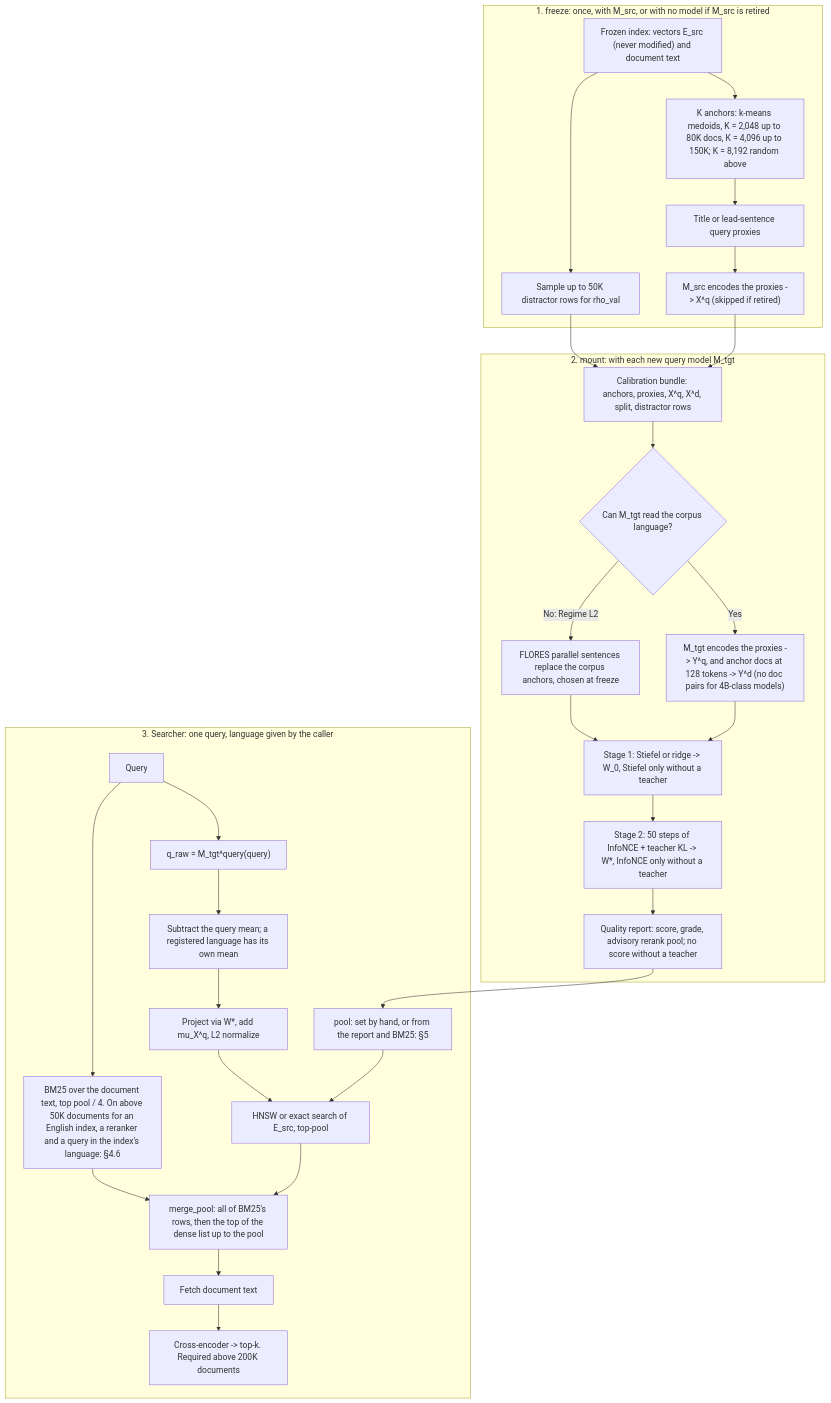
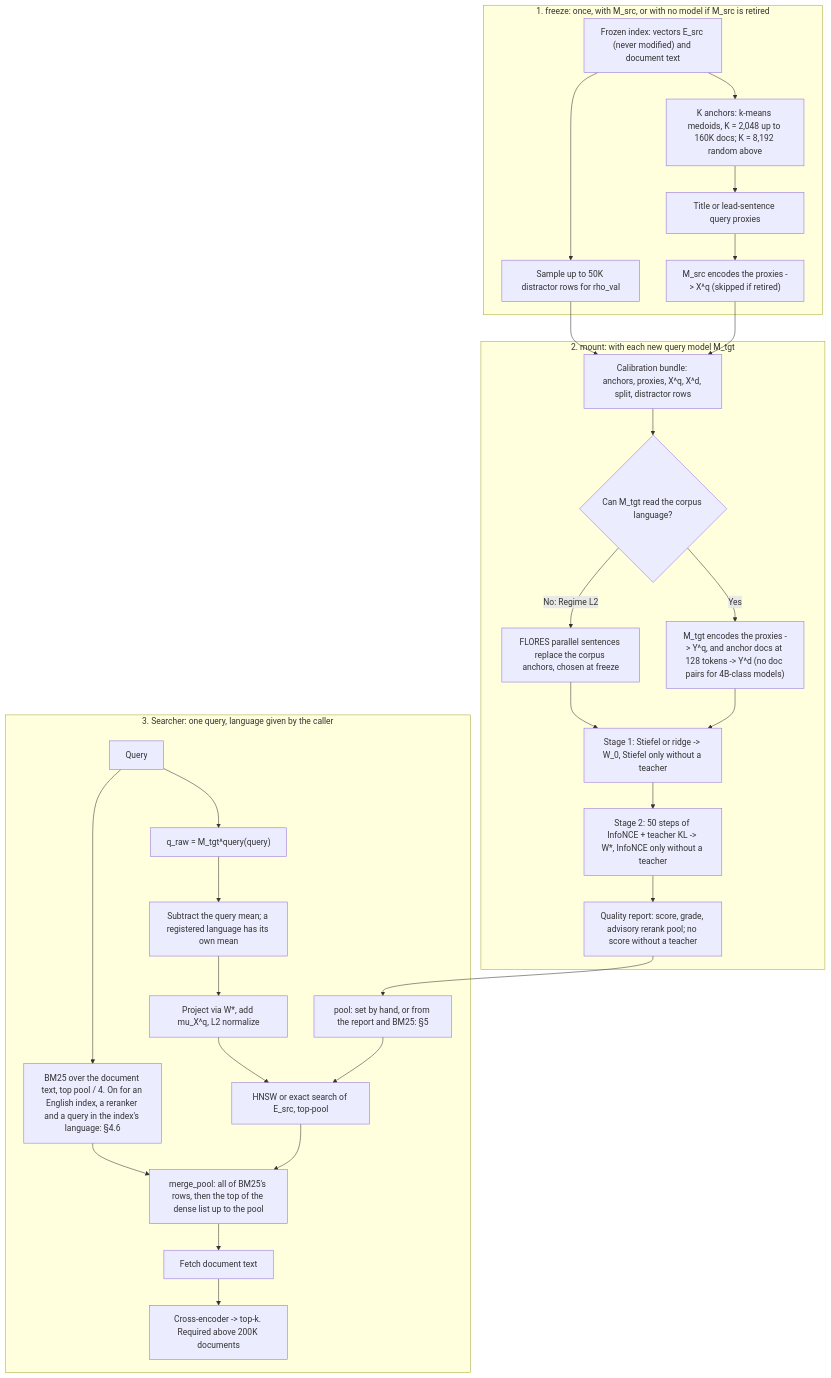
One commit to pancerZH/SpaceBridge changed the diagram in spacebridge_design_and_benchmark.md. Above: the diagram before and after it, drawn with Mermaid. The commit also changed other lines of this file and 1 other file, not shown here.

First line of the commit message:
README and design: the accepted decisions, the new Table 1, the 160K checks, and a fix to the re-index sentence

````diff
--- a/spacebridge_design_and_benchmark.md
+++ b/spacebridge_design_and_benchmark.md
@@ -149,35 +149,35 @@
 ```mermaid
 flowchart TD
     subgraph Freeze["1. freeze: once, with M_src, or with no model if M_src is retired"]
-        Docs["Frozen index: vectors E_src (never modified) and document text"] --> Anchors["K anchors: k-means medoids, K = 2,048 up to 80K docs, K = 4,096 up to 150K; K = 8,192 random above"]
+        Docs["Frozen index: vectors E_src (never modified) and document text"] --> Anchors["K anchors: k-means medoids, K = 2,048 up to 160K docs; K = 8,192 random above"]
         Anchors --> Proxies["Title or lead-sentence query proxies"]
         Proxies --> EncSrc["M_src encodes the proxies -> X^q (skipped if retired)"]
         Docs --> Distract["Sample up to 50K distractor rows for rho_val"]
     end
 
     subgraph Mount["2. mount: with each new query model M_tgt"]
         EncSrc --> Bundle["Calibration bundle: anchors, proxies, X^q, X^d, split, distractor rows"]
         Distract --> Bundle
         Bundle --> Regime{"Can M_tgt read the corpus language?"}
         Regime -- "Yes" --> EncTgt["M_tgt encodes the proxies -> Y^q, and anchor docs at 128 tokens -> Y^d (no doc pairs for 4B-class models)"]
         Regime -- "No: Regime L2" --> StaticBank["FLORES parallel sentences replace the corpus anchors, chosen at freeze"]
         StaticBank --> Stage1
         EncTgt --> Stage1["Stage 1: Stiefel or ridge -> W_0, Stiefel only without a teacher"]
         Stage1 --> Stage2["Stage 2: 50 steps of InfoNCE + teacher KL -> W*, InfoNCE only without a teacher"]
         Stage2 --> Report["Quality report: score, grade, advisory rerank pool; no score without a teacher"]
     end
 
     subgraph Online["3. Searcher: one query, language given by the caller"]
         UserQ["Query"] --> TgtOnline["q_raw = M_tgt^query(query)"]
         TgtOnline --> LangCenter["Subtract the query mean; a registered language has its own mean"]
         LangCenter --> Proj["Project via W*, add mu_X^q, L2 normalize"]
         Proj --> Search["HNSW or exact search of E_src, top-pool"]
         Report --> Pool["pool: set by hand, or from the report and BM25: §5"]
         Pool --> Search
-        UserQ --> Lexical["BM25 over the document text, top pool / 4. On above 50K documents for an English index, a reranker and a query in the index's language: §4.6"]
+        UserQ --> Lexical["BM25 over the document text, top pool / 4. On for an English index, a reranker and a query in the index's language: §4.6"]
         Search --> Merge["merge_pool: all of BM25's rows, then the top of the dense list up to the pool"]
         Lexical --> Merge
         Merge --> Fetch["Fetch document text"]
         Fetch --> Rerank["Cross-encoder -> top-k. Required above 200K documents"]
     end
 ```
````
